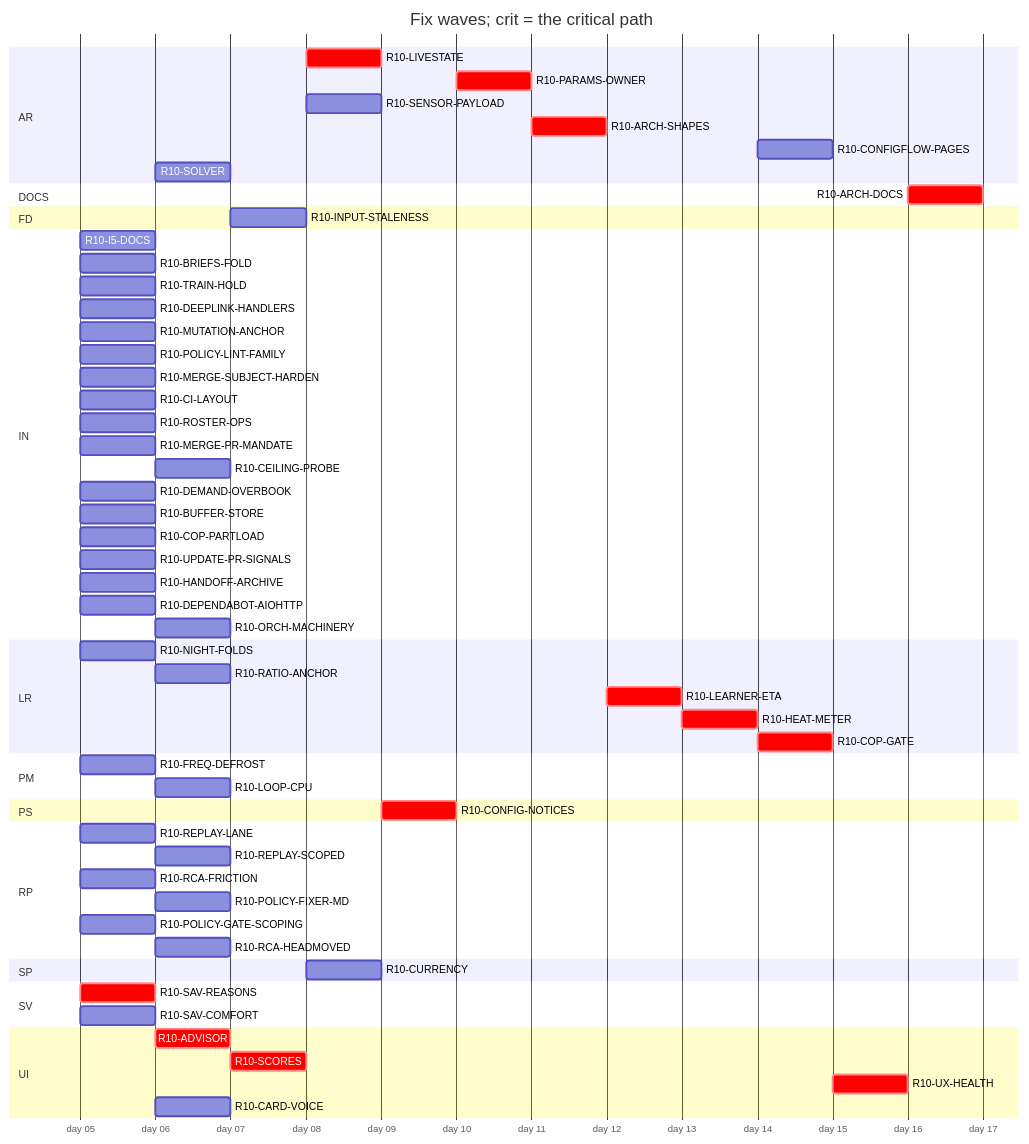
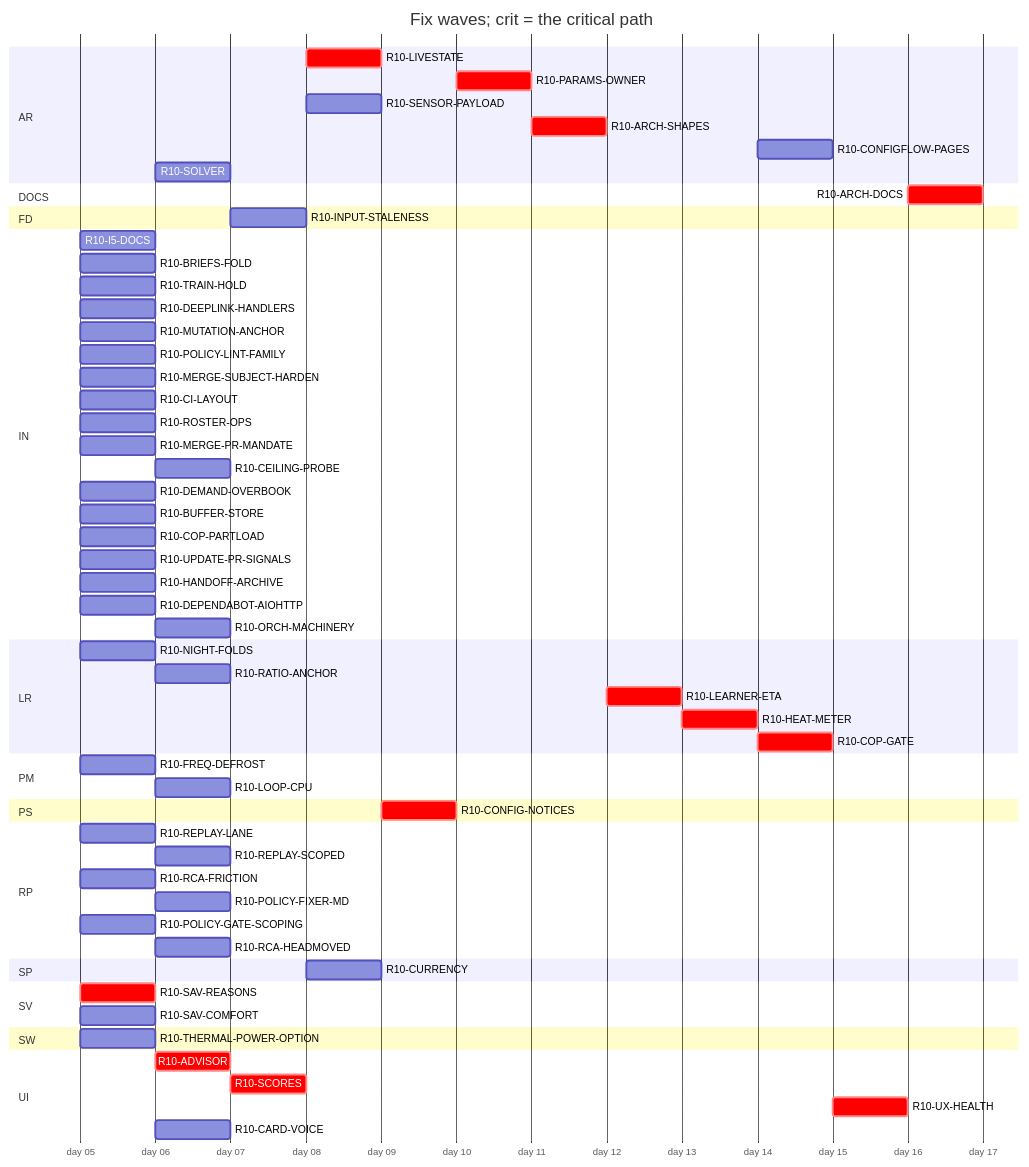
Before and after one commit to tvofi/heatpump_optimizer: the diagram in handoff/round10/state/PLAN-TABLE.md, drawn with Mermaid. The commit also changed other lines of this file and 2 other files, not shown here.

````diff
--- a/handoff/round10/state/PLAN-TABLE.md
+++ b/handoff/round10/state/PLAN-TABLE.md
@@ -24,64 +25,66 @@
 ```mermaid
 gantt
   title Fix waves; crit = the critical path
   dateFormat YYYY-MM-DD
   axisFormat day %d
   section AR
     R10-LIVESTATE :crit, r10LIVESTATE, after r10SCORES, 1d
     R10-PARAMS-OWNER :crit, r10PARAMSOWNER, after r10CONFIGNOTICES, 1d
     R10-SENSOR-PAYLOAD :r10SENSORPAYLOAD, after r10SCORES, 1d
     R10-ARCH-SHAPES :crit, r10ARCHSHAPES, after r10PARAMSOWNER r10SENSORPAYLOAD r10FREQDEFROST, 1d
     R10-CONFIGFLOW-PAGES :r10CONFIGFLOWPAGES, after r10HEATMETER, 1d
     R10-SOLVER :r10SOLVER, after r10SAVREASONS, 1d
   section DOCS
     R10-ARCH-DOCS :crit, r10ARCHDOCS, after r10NIGHTFOLDS r10RATIOANCHOR r10INPUTSTALENESS r10CURRENCY r10FREQDEFROST r10LOOPCPU r10SAVREASONS r10ADVISOR r10SCORES r10LIVESTATE r10CONFIGNOTICES r10PARAMSOWNER r10SENSORPAYLOAD r10ARCHSHAPES r10LEARNERETA r10HEATMETER r10COPGATE r10UXHEALTH r10CONFIGFLOWPAGES r10SOLVER r10I5DOCS r10BRIEFSFOLD r10REPLAYLANE r10REPLAYSCOPED r10TRAINHOLD r10DEEPLINKHANDLERS, 1d
   section FD
     R10-INPUT-STALENESS :r10INPUTSTALENESS, after r10RATIOANCHOR, 1d
   section IN
     R10-I5-DOCS :r10I5DOCS, 2026-01-05, 1d
     R10-BRIEFS-FOLD :r10BRIEFSFOLD, 2026-01-05, 1d
     R10-TRAIN-HOLD :r10TRAINHOLD, 2026-01-05, 1d
     R10-DEEPLINK-HANDLERS :r10DEEPLINKHANDLERS, 2026-01-05, 1d
     R10-MUTATION-ANCHOR :r10MUTATIONANCHOR, 2026-01-05, 1d
     R10-POLICY-LINT-FAMILY :r10POLICYLINTFAMILY, 2026-01-05, 1d
     R10-MERGE-SUBJECT-HARDEN :r10MERGESUBJECTHARDEN, 2026-01-05, 1d
     R10-CI-LAYOUT :r10CILAYOUT, 2026-01-05, 1d
     R10-ROSTER-OPS :r10ROSTEROPS, 2026-01-05, 1d
     R10-MERGE-PR-MANDATE :r10MERGEPRMANDATE, 2026-01-05, 1d
     R10-CEILING-PROBE :r10CEILINGPROBE, after r10CILAYOUT r10NIGHTFOLDS, 1d
     R10-DEMAND-OVERBOOK :r10DEMANDOVERBOOK, 2026-01-05, 1d
     R10-BUFFER-STORE :r10BUFFERSTORE, 2026-01-05, 1d
     R10-COP-PARTLOAD :r10COPPARTLOAD, 2026-01-05, 1d
     R10-UPDATE-PR-SIGNALS :r10UPDATEPRSIGNALS, 2026-01-05, 1d
     R10-HANDOFF-ARCHIVE :r10HANDOFFARCHIVE, 2026-01-05, 1d
     R10-DEPENDABOT-AIOHTTP :r10DEPENDABOTAIOHTTP, 2026-01-05, 1d
     R10-ORCH-MACHINERY :r10ORCHMACHINERY, after r10ROSTEROPS r10CILAYOUT, 1d
   section LR
     R10-NIGHT-FOLDS :r10NIGHTFOLDS, 2026-01-05, 1d
     R10-RATIO-ANCHOR :r10RATIOANCHOR, after r10NIGHTFOLDS, 1d
     R10-LEARNER-ETA :crit, r10LEARNERETA, after r10ARCHSHAPES, 1d
     R10-HEAT-METER :crit, r10HEATMETER, after r10LEARNERETA r10INPUTSTALENESS r10RATIOANCHOR, 1d
     R10-COP-GATE :crit, r10COPGATE, after r10HEATMETER r10SENSORPAYLOAD, 1d
   section PM
     R10-FREQ-DEFROST :r10FREQDEFROST, 2026-01-05, 1d
     R10-LOOP-CPU :r10LOOPCPU, after r10FREQDEFROST, 1d
   section PS
     R10-CONFIG-NOTICES :crit, r10CONFIGNOTICES, after r10LIVESTATE, 1d
   section RP
     R10-REPLAY-LANE :r10REPLAYLANE, 2026-01-05, 1d
     R10-REPLAY-SCOPED :r10REPLAYSCOPED, after r10REPLAYLANE r10TRAINHOLD, 1d
     R10-RCA-FRICTION :r10RCAFRICTION, 2026-01-05, 1d
     R10-POLICY-FIXER-MD :r10POLICYFIXERMD, after r10RCAFRICTION r10BRIEFSFOLD, 1d
     R10-POLICY-GATE-SCOPING :r10POLICYGATESCOPING, 2026-01-05, 1d
     R10-RCA-HEADMOVED :r10RCAHEADMOVED, after r10RCAFRICTION, 1d
   section SP
     R10-CURRENCY :r10CURRENCY, after r10INPUTSTALENESS, 1d
   section SV
     R10-SAV-REASONS :crit, r10SAVREASONS, 2026-01-05, 1d
     R10-SAV-COMFORT :r10SAVCOMFORT, 2026-01-05, 1d
+  section SW
+    R10-THERMAL-POWER-OPTION :r10THERMALPOWEROPTION, 2026-01-05, 1d
   section UI
     R10-ADVISOR :crit, r10ADVISOR, after r10SAVREASONS, 1d
     R10-SCORES :crit, r10SCORES, after r10ADVISOR, 1d
     R10-UX-HEALTH :crit, r10UXHEALTH, after r10SCORES r10COPGATE r10HEATMETER, 1d
     R10-CARD-VOICE :r10CARDVOICE, after r10DEEPLINKHANDLERS, 1d
 ```
````
